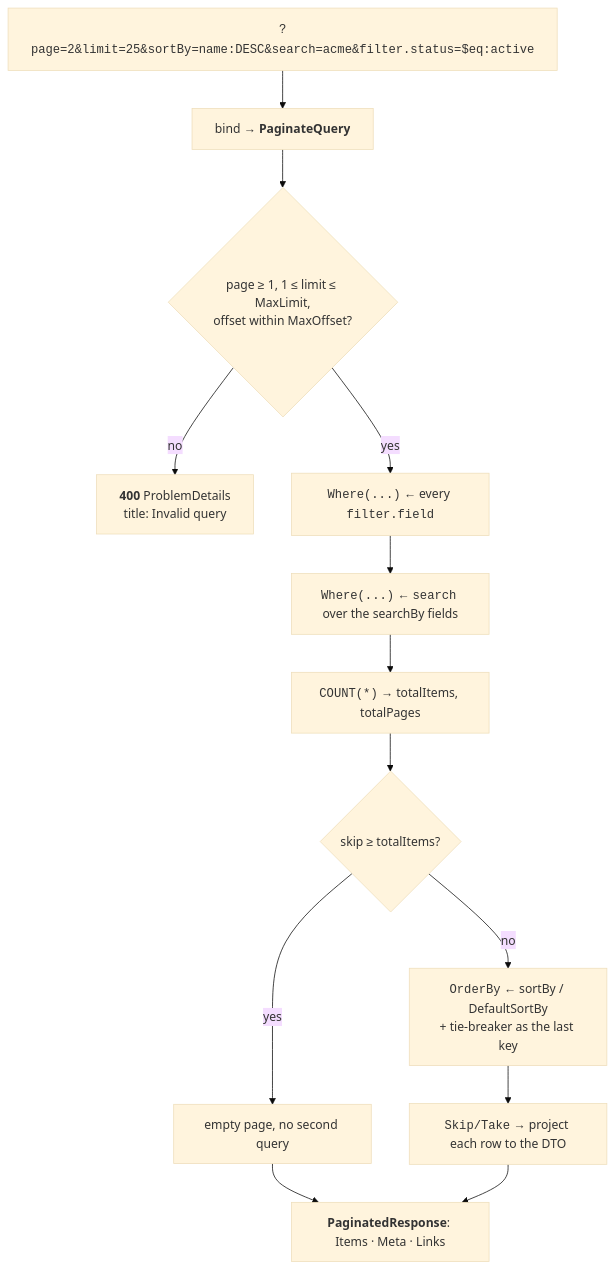
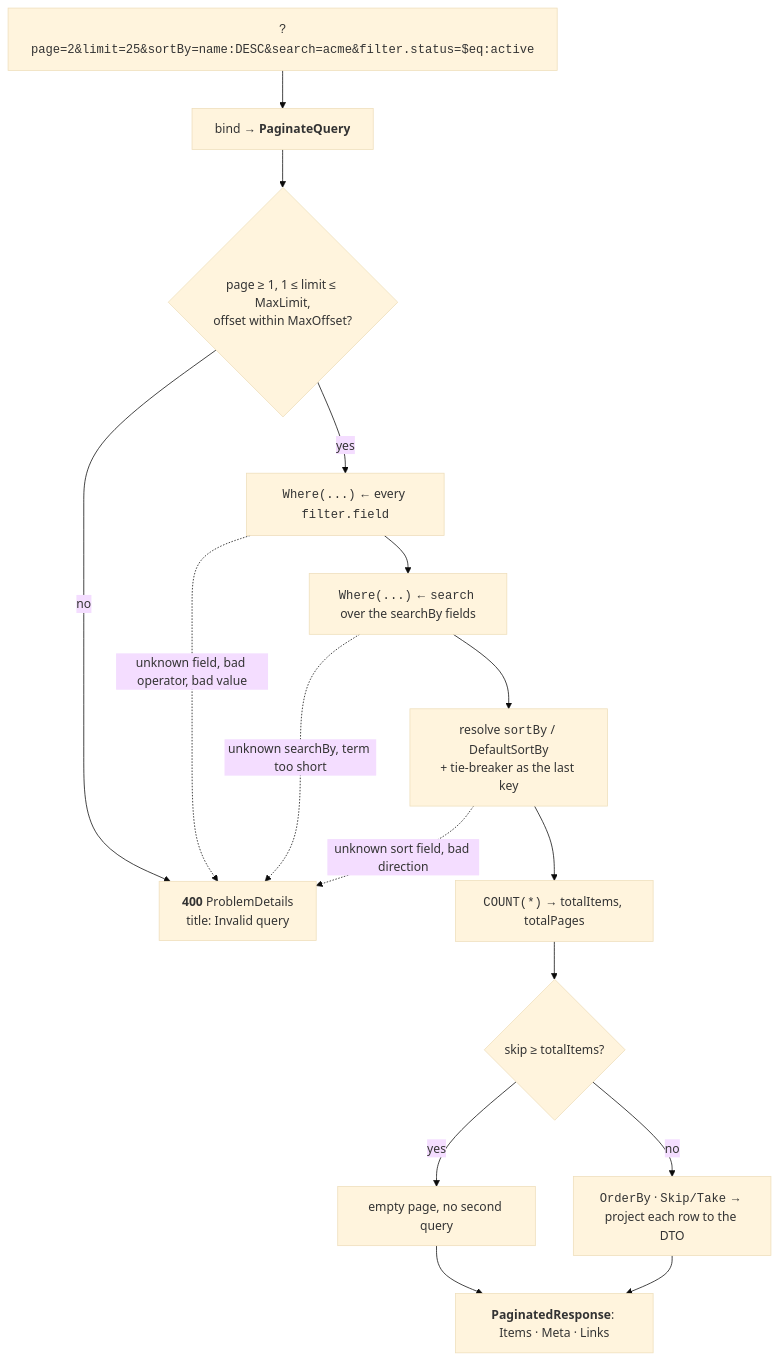
The diagram in docs/src/guide/getting-started/index.md (janzen01/efcore.pagination), drawn with Mermaid (base theme) before and after one commit. The commit also changed other lines of this file and 17 other files, not shown here.

````diff
--- a/docs/src/guide/getting-started/index.md
+++ b/docs/src/guide/getting-started/index.md
@@ -192,16 +196,19 @@
 ```mermaid
 flowchart TD
     Q["<code>?page=2&limit=25&sortBy=name:DESC&search=acme&filter.status=$eq:active</code>"]
     Q --> Bind["bind → <b>PaginateQuery</b>"]
     Bind --> Valid{"page ≥ 1, 1 ≤ limit ≤ MaxLimit,<br/>offset within MaxOffset?"}
     Valid -- no --> Err["<b>400</b> ProblemDetails<br/>title: Invalid query"]
     Valid -- yes --> Filter["<code>Where(...)</code> ← every <code>filter.field</code>"]
     Filter --> Search["<code>Where(...)</code> ← <code>search</code> over the searchBy fields"]
-    Search --> Count["<code>COUNT(*)</code> → totalItems, totalPages"]
+    Search --> Resolve["resolve <code>sortBy</code> / DefaultSortBy<br/>+ tie-breaker as the last key"]
+    Filter -. unknown field, bad operator, bad value .-> Err
+    Search -. unknown searchBy, term too short .-> Err
+    Resolve -. unknown sort field, bad direction .-> Err
+    Resolve --> Count["<code>COUNT(*)</code> → totalItems, totalPages"]
     Count --> Past{"skip ≥ totalItems?"}
     Past -- yes --> Empty["empty page, no second query"]
-    Past -- no --> Sort["<code>OrderBy</code> ← sortBy / DefaultSortBy<br/>+ tie-breaker as the last key"]
-    Sort --> Page["<code>Skip/Take</code> → project each row to the DTO"]
+    Past -- no --> Page["<code>OrderBy</code> · <code>Skip/Take</code> → project each row to the DTO"]
     Empty --> Resp["<b>PaginatedResponse</b>: Items · Meta · Links"]
     Page --> Resp
 ```
````
